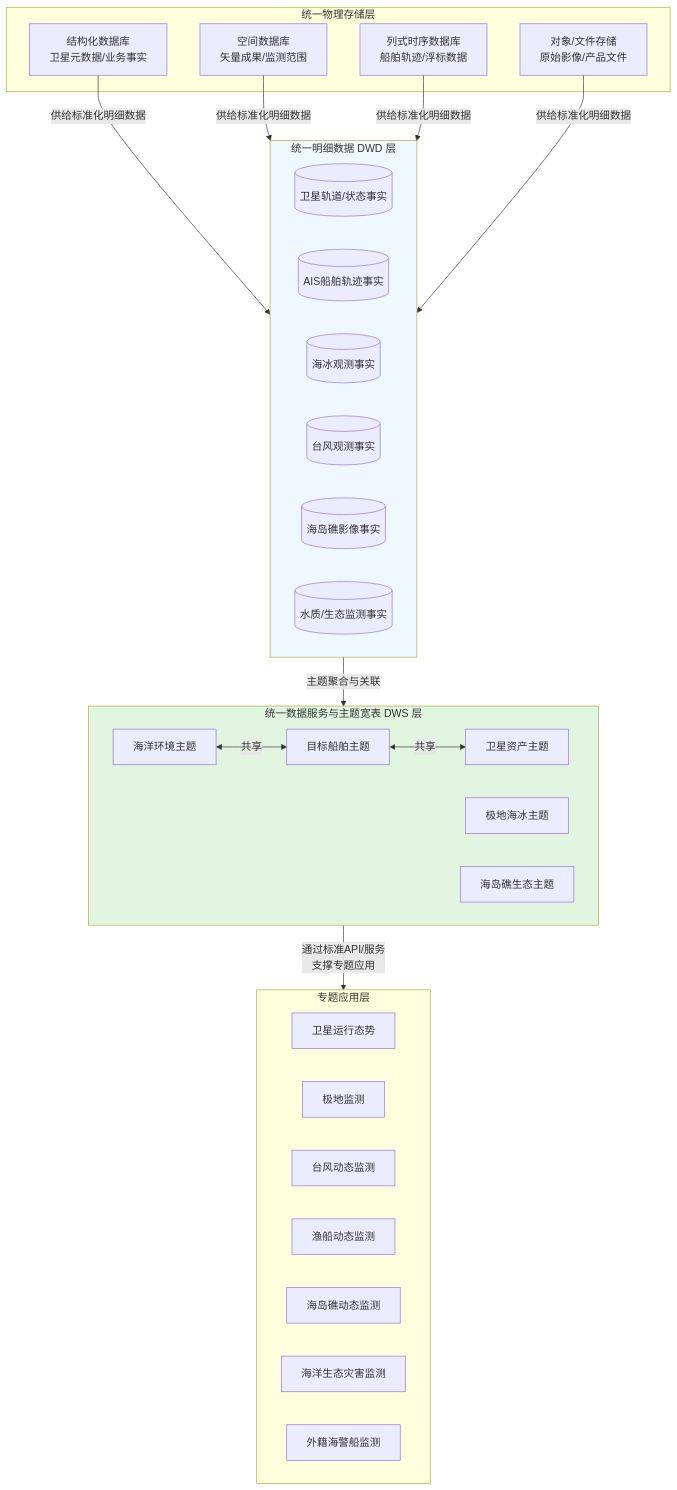
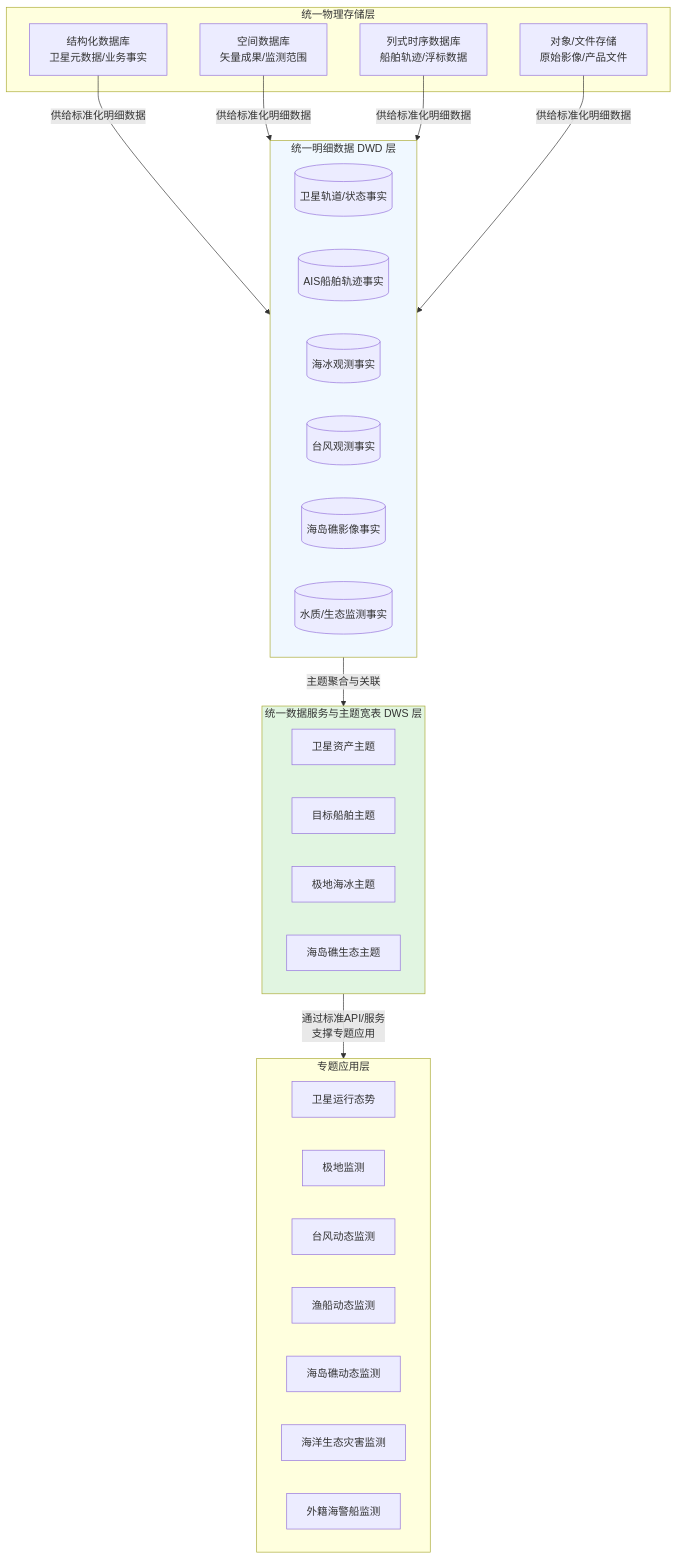
The diagram in all/未命名.md (MyJohn2/iodraw-files), drawn with Mermaid before and after one commit.

Commit message:
2026-01-15 13:03:10 update

````diff
--- a/all/未命名.md
+++ b/all/未命名.md
@@ -1,44 +1,43 @@
 ```mermaid
 graph TD
     subgraph A [专题应用层]
         A1[卫星运行态势]
         A2[极地监测]
         A3[台风动态监测]
         A4[渔船动态监测]
         A5[海岛礁动态监测]
         A6[海洋生态灾害监测]
         A7[外籍海警船监测]
     end
 
     subgraph B [统一数据服务与主题宽表 DWS 层]
         B1[卫星资产主题]
         B2[海洋环境主题]
-        B2<-->|共享| B3[目标船舶主题]
-        B3<-->|共享| B1
+        B2[目标船舶主题]
         B4[极地海冰主题]
         B5[海岛礁生态主题]
     end
 
     subgraph C [统一明细数据 DWD 层]
         C1[(卫星轨道/状态事实)]
         C2[(AIS船舶轨迹事实)]
         C3[(海冰观测事实)]
         C4[(台风观测事实)]
         C5[(海岛礁影像事实)]
         C6[(水质/生态监测事实)]
     end
 
     subgraph D [统一物理存储层]
         D1[结构化数据库<br>卫星元数据/业务事实]
         D2[空间数据库<br>矢量成果/监测范围]
         D3[列式时序数据库<br>船舶轨迹/浮标数据]
         D4[对象/文件存储<br>原始影像/产品文件]
     end
 
     D1 & D2 & D3 & D4 -- 供给标准化明细数据 --> C
     C -- 主题聚合与关联 --> B
     B -- 通过标准API/服务 <br> 支撑专题应用 --> A
     
     style B fill:#e1f5e1
     style C fill:#f0f8ff
 ```
````
